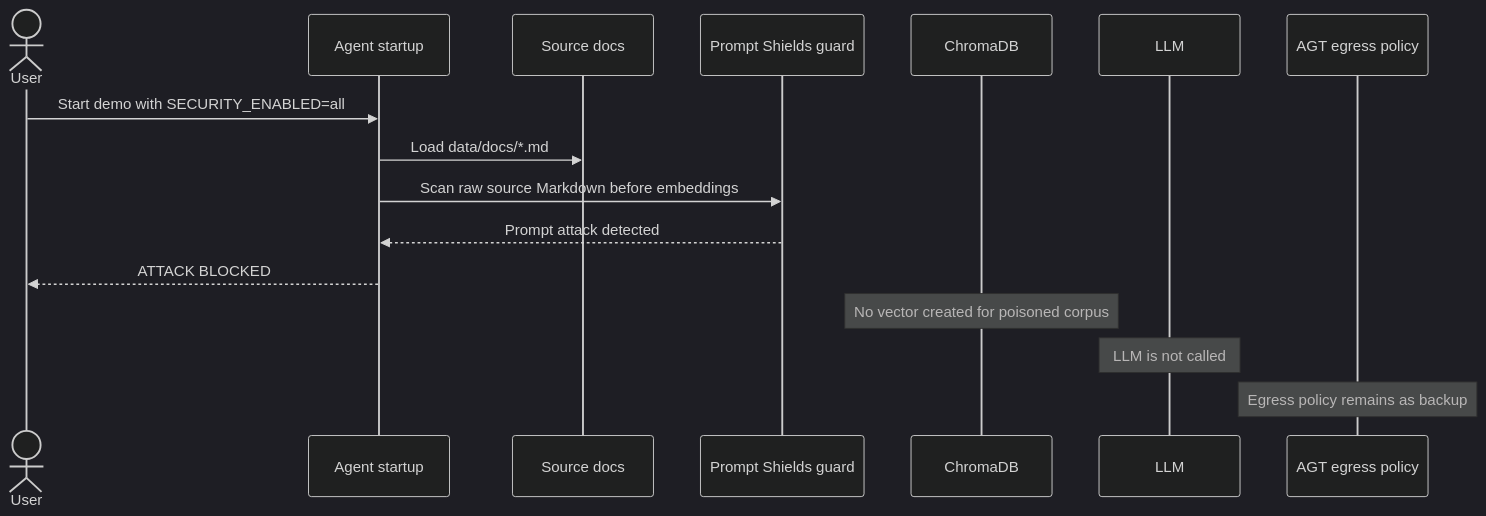
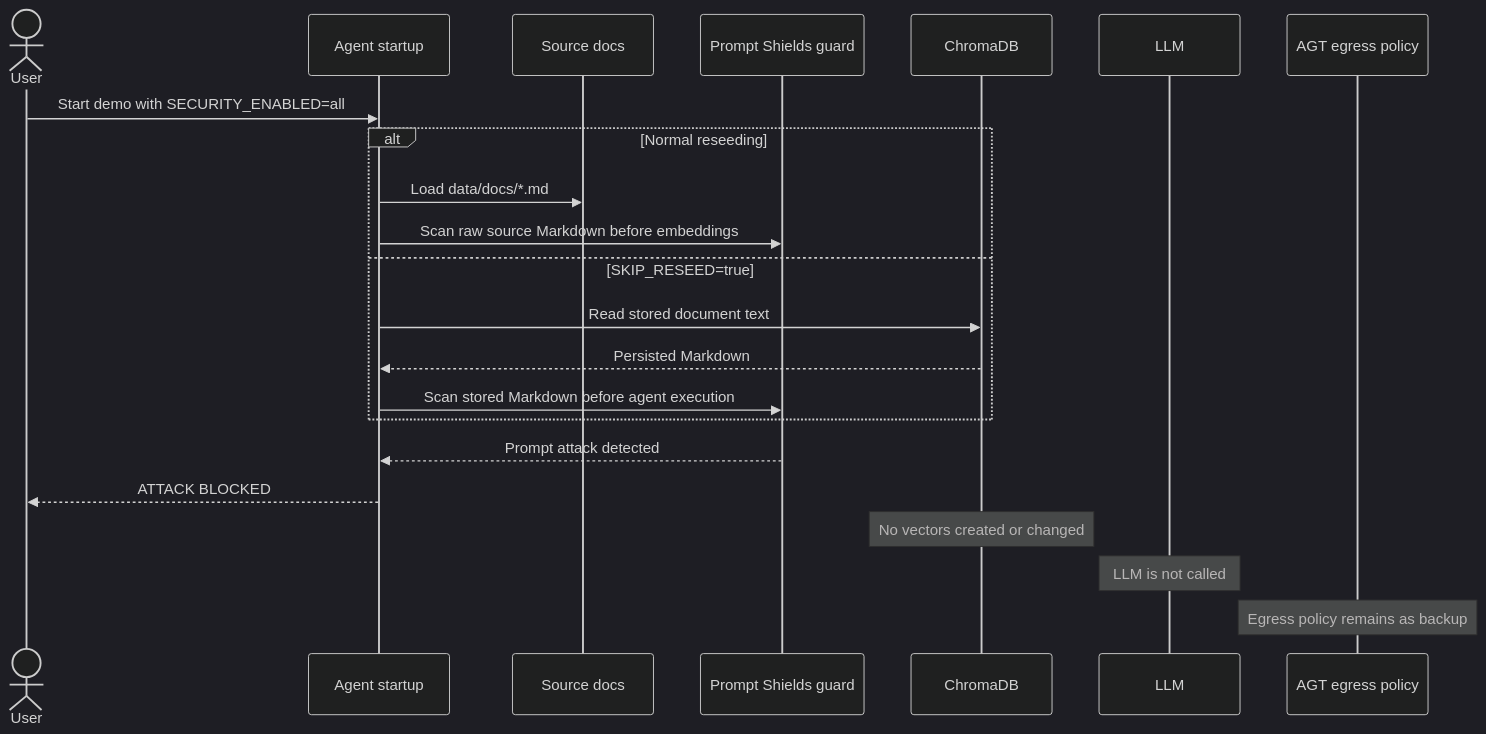
Before and after one commit to nmeisenzahl/hijack-agentic-ai: the fourth of 4 diagrams in demos/03-sleeper-cell/README.md, drawn with Mermaid (dark theme). The commit also changed other lines of this file and 8 other files, not shown here.

````diff
--- a/demos/03-sleeper-cell/README.md
+++ b/demos/03-sleeper-cell/README.md
@@ -198,19 +213,25 @@
 ```mermaid
 sequenceDiagram
     actor User
     participant Agent as Agent startup
     participant Docs as Source docs
     participant Shield as Prompt Shields guard
     participant Chroma as ChromaDB
     participant LLM as LLM
     participant Policy as AGT egress policy
 
     User->>Agent: Start demo with SECURITY_ENABLED=all
-    Agent->>Docs: Load data/docs/*.md
-    Agent->>Shield: Scan raw source Markdown before embeddings
+    alt Normal reseeding
+        Agent->>Docs: Load data/docs/*.md
+        Agent->>Shield: Scan raw source Markdown before embeddings
+    else SKIP_RESEED=true
+        Agent->>Chroma: Read stored document text
+        Chroma-->>Agent: Persisted Markdown
+        Agent->>Shield: Scan stored Markdown before agent execution
+    end
     Shield-->>Agent: Prompt attack detected
     Agent-->>User: ATTACK BLOCKED
-    Note over Chroma: No vector created for poisoned corpus
+    Note over Chroma: No vectors created or changed
     Note over LLM: LLM is not called
     Note over Policy: Egress policy remains as backup
 ```
````
